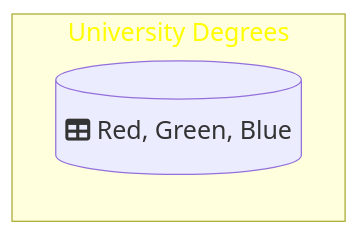
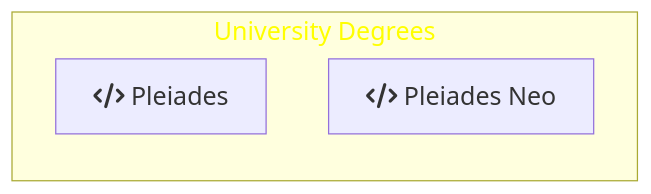
One commit to DippoldEJ/DippoldEJ changed the second of 2 diagrams in README.md. Above: the diagram before and after it, drawn with Mermaid.

````diff
--- a/README.md
+++ b/README.md
@@ -37,13 +37,15 @@
 ```mermaid
 flowchart LR;
 %%{init: {
 	'themeVariables': { 'fontSize': '20px', 'fontFamily': 'Didot'}
 	}
 }%%
 
- subgraph h[University Degrees]
-direction TD;
-        r[(fa:fa-table Red, Green, Blue)]
+subgraph h[University Degrees]
+direction TD
+    s[fa:fa-code Pleiades]
+    a[fa:fa-code Pleiades Neo]
     end
+
 style h color:#FFFF00
 ```
````
